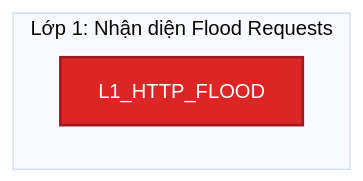
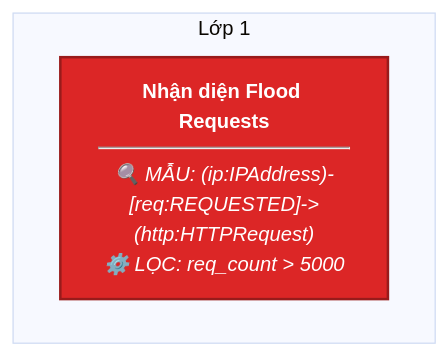
The fourth of 14 diagrams in all_rules/README.md (ttm62/bug-free-doodle), drawn with Mermaid (base theme) before and after one commit. The commit also changed other lines of this file and 31 other files, not shown here.

````diff
--- a/all_rules/README.md
+++ b/all_rules/README.md
@@ -57,11 +57,11 @@
 ```mermaid
 graph TD
     classDef low fill:#fef08a,stroke:#ca8a04,stroke-width:2px,color:#854d0e;
     classDef medium fill:#f97316,stroke:#c2410c,stroke-width:2px,color:#fff;
     classDef high fill:#dc2626,stroke:#991b1b,stroke-width:2px,color:#fff;
     classDef critical fill:#7f1d1d,stroke:#450a0a,stroke-width:2px,color:#fff;
 
-    subgraph Layer1 ["Lớp 1: Nhận diện Flood Requests"]
-        L1_HTTP_FLOOD["L1_HTTP_FLOOD"]:::high
+    subgraph Layer_L1_HTTP_FLOOD ["Lớp 1"]
+        L1_HTTP_FLOOD["<b>Nhận diện Flood Requests</b><br/><hr/><i>🔍 MẪU: (ip:IPAddress)-[req:REQUESTED]->(http:HTTPRequest)<br/>⚙️ LỌC: req_count > 5000</i>"]:::high
     end
 ```
````
